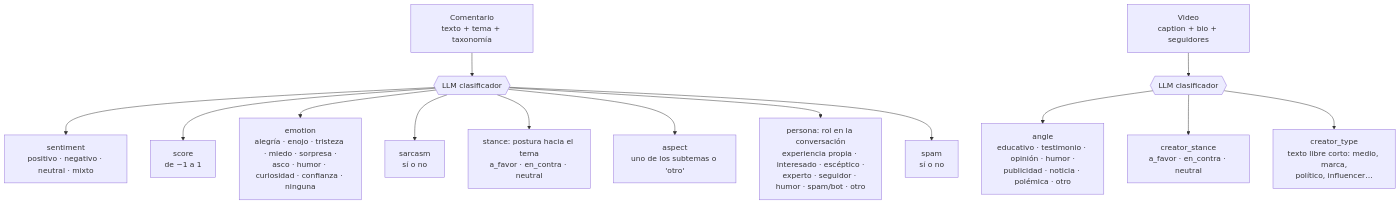
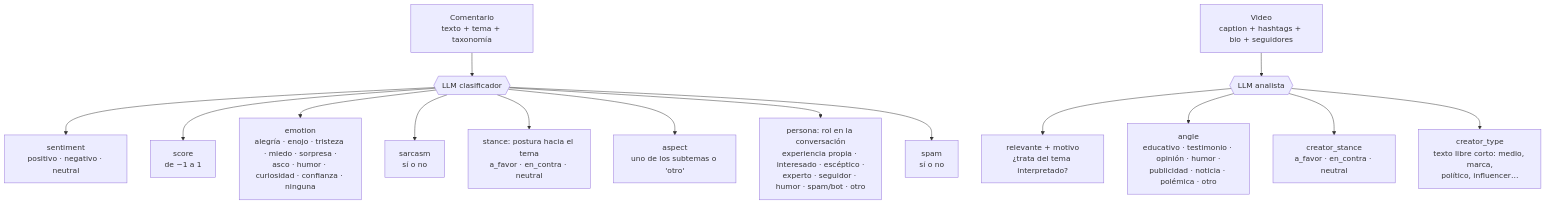
One commit to gasanchez10/juanita_tests changed the third of 8 diagrams in docs/COMO_FUNCIONA.md. Above: the diagram before and after it, drawn with Mermaid. The commit also changed other lines of this file and 14 other files, not shown here.

````diff
--- a/docs/COMO_FUNCIONA.md
+++ b/docs/COMO_FUNCIONA.md
@@ -78,17 +85,18 @@
 ```mermaid
 flowchart TB
     C["Comentario<br/>texto + tema + taxonomía"] --> L{{"LLM clasificador"}}
-    L --> S["sentiment<br/>positivo · negativo · neutral · mixto"]
+    L --> S["sentiment<br/>positivo · negativo · neutral"]
     L --> SC["score<br/>de −1 a 1"]
     L --> E["emotion<br/>alegría · enojo · tristeza · miedo · sorpresa ·<br/>asco · humor · curiosidad · confianza · ninguna"]
     L --> SA["sarcasm<br/>sí o no"]
     L --> ST["stance: postura hacia el tema<br/>a_favor · en_contra · neutral"]
     L --> AS["aspect<br/>uno de los subtemas o 'otro'"]
     L --> PE["persona: rol en la conversación<br/>experiencia propia · interesado · escéptico ·<br/>experto · seguidor · humor · spam/bot · otro"]
     L --> SP["spam<br/>sí o no"]
 
-    V["Video<br/>caption + bio + seguidores"] --> L2{{"LLM clasificador"}}
+    V["Video<br/>caption + hashtags + bio + seguidores"] --> L2{{"LLM analista"}}
+    L2 --> RL["relevante + motivo<br/>¿trata del tema interpretado?"]
     L2 --> AN["angle<br/>educativo · testimonio · opinión · humor ·<br/>publicidad · noticia · polémica · otro"]
     L2 --> CS["creator_stance<br/>a_favor · en_contra · neutral"]
     L2 --> CT["creator_type<br/>texto libre corto: medio, marca,<br/>político, influencer…"]
 ```
````
